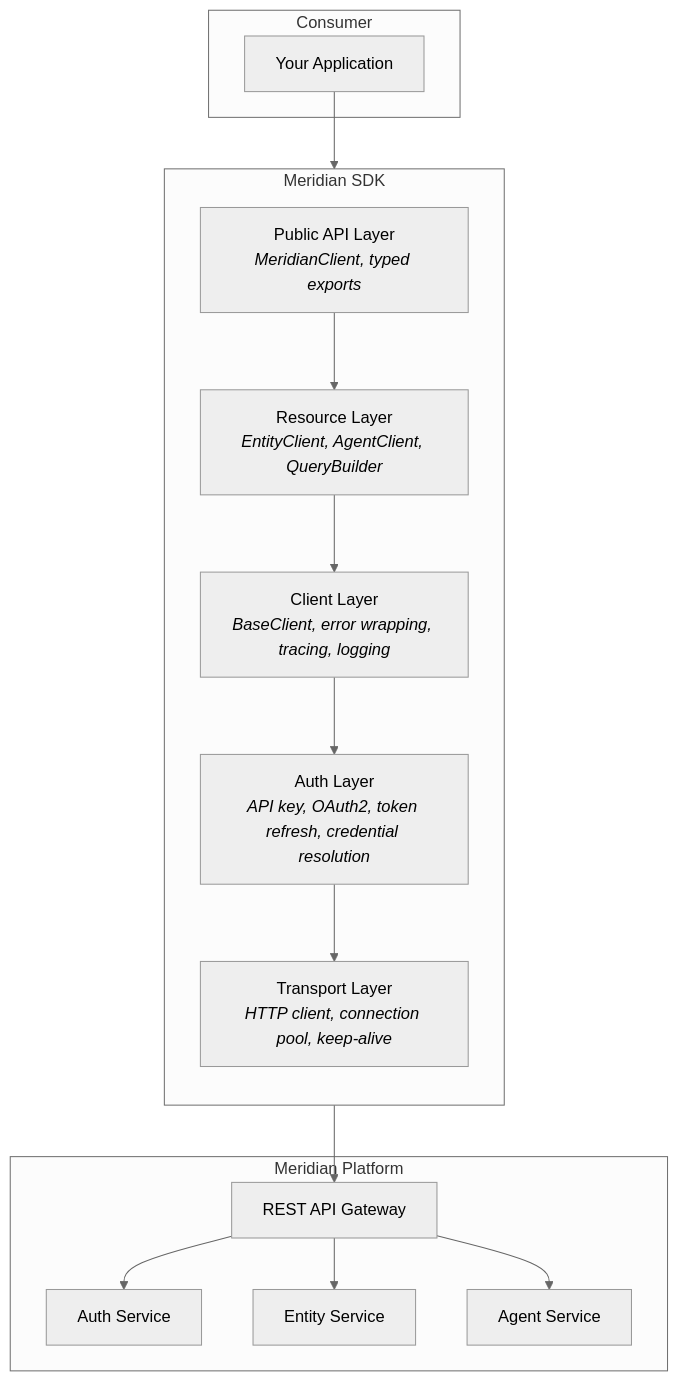
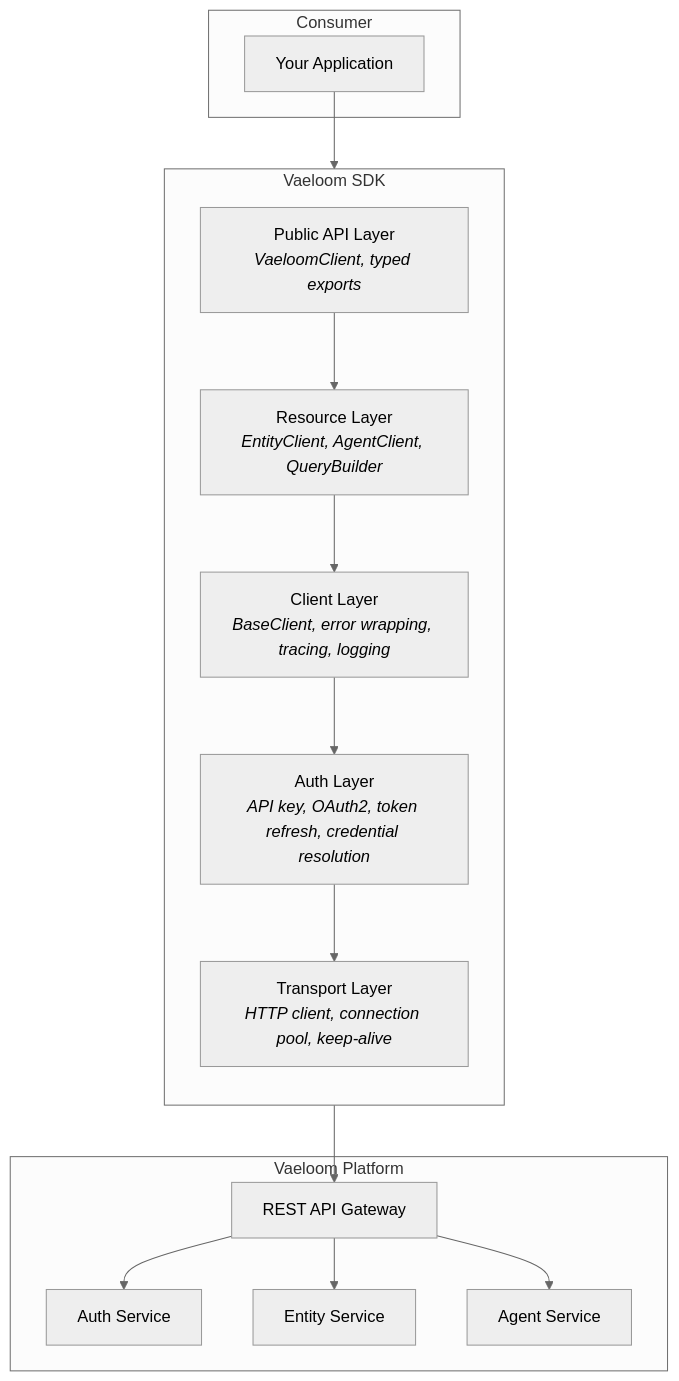
One commit to Driftloom/Vaeloom changed the first of 2 diagrams in Docs/SDK-Documentation.md. Above: the diagram before and after it, drawn with Mermaid (neutral theme). The commit also changed other lines of this file and 249 other files, not shown here.

Commit message:
Rename all references from Meridian to Vaeloom across docs, scripts, and config

````diff
--- a/Docs/SDK-Documentation.md
+++ b/Docs/SDK-Documentation.md
@@ -97,32 +97,32 @@
 ```mermaid
 graph TD
     subgraph Consumer
         APP[Your Application]
     end
 
-    subgraph Meridian SDK
+    subgraph Vaeloom SDK
         direction TB
         L5["Transport Layer<br/><i>HTTP client, connection pool, keep-alive</i>"]
         L4["Auth Layer<br/><i>API key, OAuth2, token refresh, credential resolution</i>"]
         L3["Client Layer<br/><i>BaseClient, error wrapping, tracing, logging</i>"]
         L2["Resource Layer<br/><i>EntityClient, AgentClient, QueryBuilder</i>"]
-        L1["Public API Layer<br/><i>MeridianClient, typed exports</i>"]
+        L1["Public API Layer<br/><i>VaeloomClient, typed exports</i>"]
     end
 
-    subgraph Meridian Platform
+    subgraph Vaeloom Platform
         API[REST API Gateway]
         AUTH[Auth Service]
         ENT[Entity Service]
         AGT[Agent Service]
     end
 
     APP --> L1
     L1 --> L2
     L2 --> L3
     L3 --> L4
     L4 --> L5
     L5 --> API
     API --> AUTH
     API --> ENT
     API --> AGT
 ```
````
